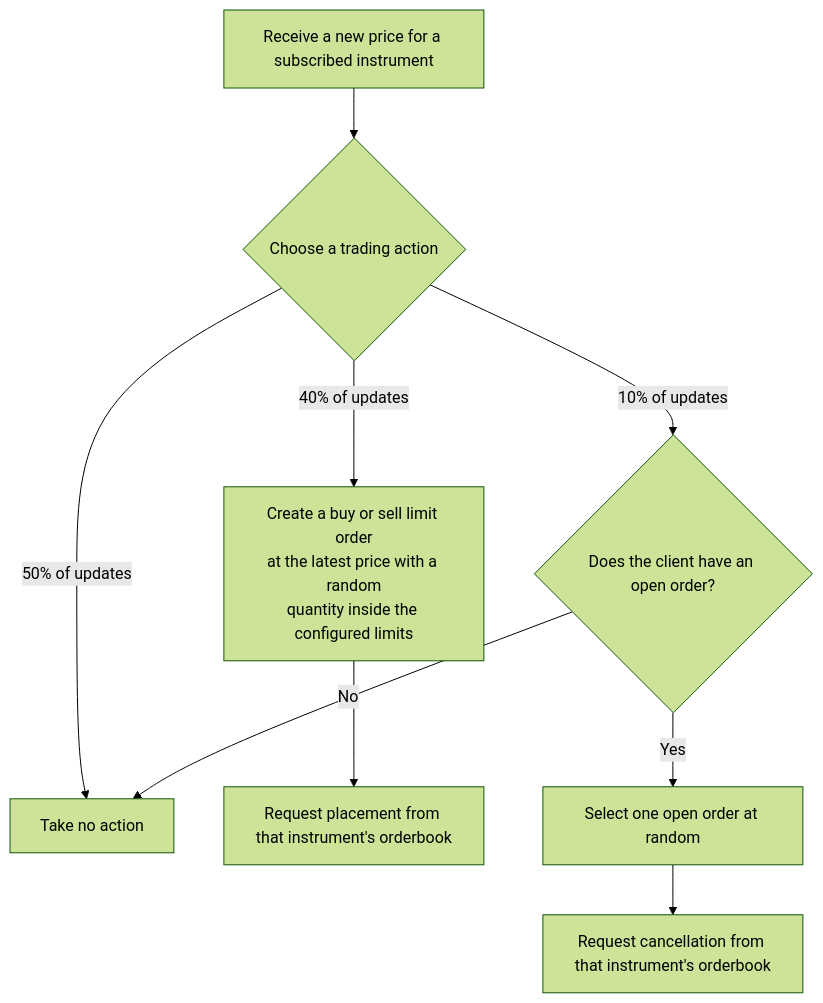
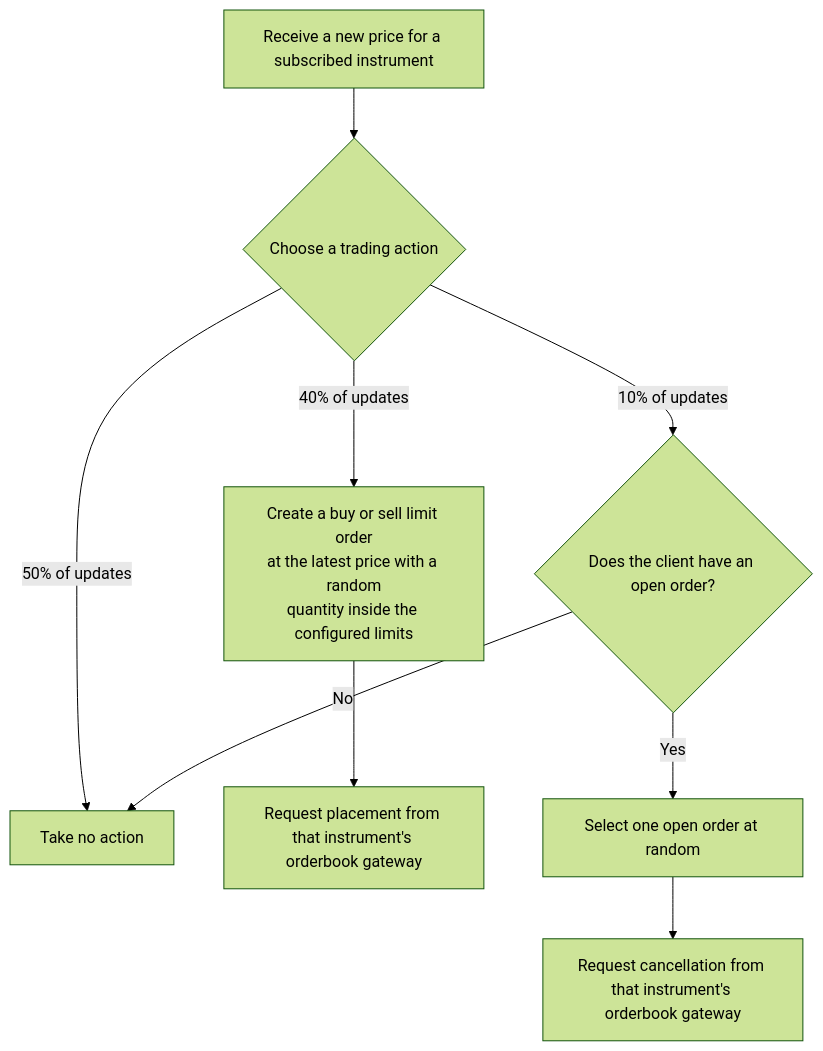
The first of 2 diagrams in docs/decision.md (Braqzen/orderbook-trading), drawn with Mermaid (forest theme) before and after one commit. The commit also changed other lines of this file and 80 other files, not shown here.

````diff
--- a/docs/decision.md
+++ b/docs/decision.md
@@ -7,13 +7,13 @@
 ```mermaid
 flowchart TD
     Price["Receive a new price for a subscribed instrument"] --> Action{"Choose a trading action"}
 
     Action -->|"50% of updates"| Nothing["Take no action"]
     Action -->|"40% of updates"| NewOrder["Create a buy or sell limit order<br/>at the latest price with a random<br/>quantity inside the configured limits"]
-    NewOrder --> Place["Request placement from that instrument's orderbook"]
+    NewOrder --> Place["Request placement from that instrument's orderbook gateway"]
 
     Action -->|"10% of updates"| OpenOrders{"Does the client have an open order?"}
     OpenOrders -->|"No"| Nothing
     OpenOrders -->|"Yes"| Select["Select one open order at random"]
-    Select --> Cancel["Request cancellation from that instrument's orderbook"]
+    Select --> Cancel["Request cancellation from that instrument's orderbook gateway"]
 ```
````
